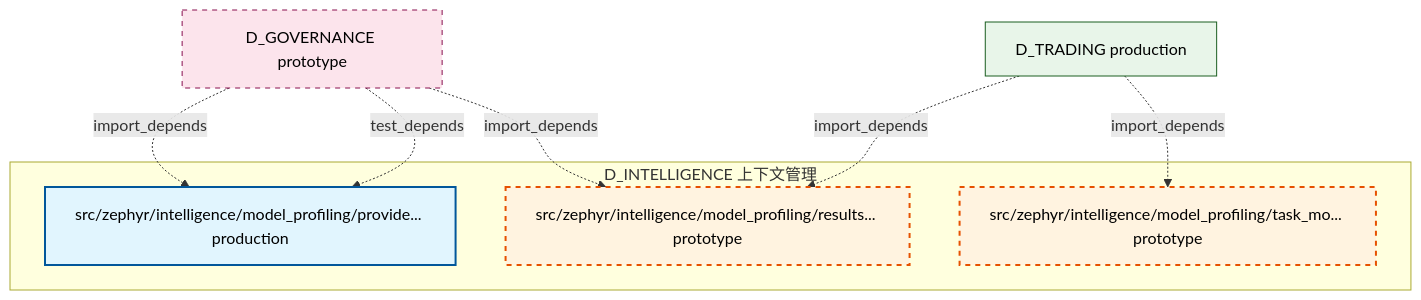
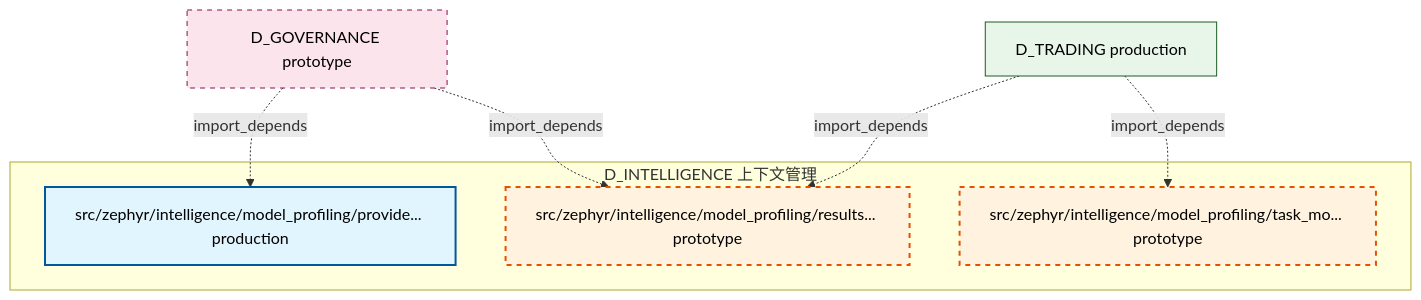
Before and after one commit to xuanFelixVan/ZephyrAlpha: the second of 2 diagrams in docs/02_enterprise_architecture/02_domain_architecture_docs/40_d_intelligence.md, drawn with Mermaid. The commit also changed other lines of this file and 105 other files, not shown here.

````diff
--- a/docs/02_enterprise_architecture/02_domain_architecture_docs/40_d_intelligence.md
+++ b/docs/02_enterprise_architecture/02_domain_architecture_docs/40_d_intelligence.md
@@ -158,23 +143,22 @@
 ```mermaid
 graph TD
     subgraph D_INTELLIGENCE["D_INTELLIGENCE 上下文管理"]
         src_zephyr_intelligence_model_profiling_provider_data_py["src/zephyr/intelligence/model_profiling/provide... production"]
         src_zephyr_intelligence_model_profiling_results_writer_py["src/zephyr/intelligence/model_profiling/results... prototype"]
         src_zephyr_intelligence_model_profiling_task_model_learner_py["src/zephyr/intelligence/model_profiling/task_mo... prototype"]
     end
     D_GOVERNANCE["D_GOVERNANCE prototype"]
     D_GOVERNANCE -.->|import_depends| src_zephyr_intelligence_model_profiling_provider_data_py
     D_GOVERNANCE -.->|import_depends| src_zephyr_intelligence_model_profiling_results_writer_py
     D_TRADING["D_TRADING production"]
     D_TRADING -.->|import_depends| src_zephyr_intelligence_model_profiling_task_model_learner_py
     D_TRADING -.->|import_depends| src_zephyr_intelligence_model_profiling_results_writer_py
-    D_GOVERNANCE -.->|test_depends| src_zephyr_intelligence_model_profiling_provider_data_py
     classDef production fill:#e1f5fe,stroke:#01579b,stroke-width:2px,color:#000
     classDef design fill:#fff3e0,stroke:#e65100,stroke-width:2px,color:#000,stroke-dasharray: 5 5
     classDef external_prod fill:#e8f5e9,stroke:#1b5e20,stroke-width:1px,color:#000
     classDef external_design fill:#fce4ec,stroke:#880e4f,stroke-width:1px,color:#000,stroke-dasharray: 5 5
     class src_zephyr_intelligence_model_profiling_provider_data_py production
     class src_zephyr_intelligence_model_profiling_results_writer_py,src_zephyr_intelligence_model_profiling_task_model_learner_py design
     class D_TRADING external_prod
     class D_GOVERNANCE external_design
 ```
````
